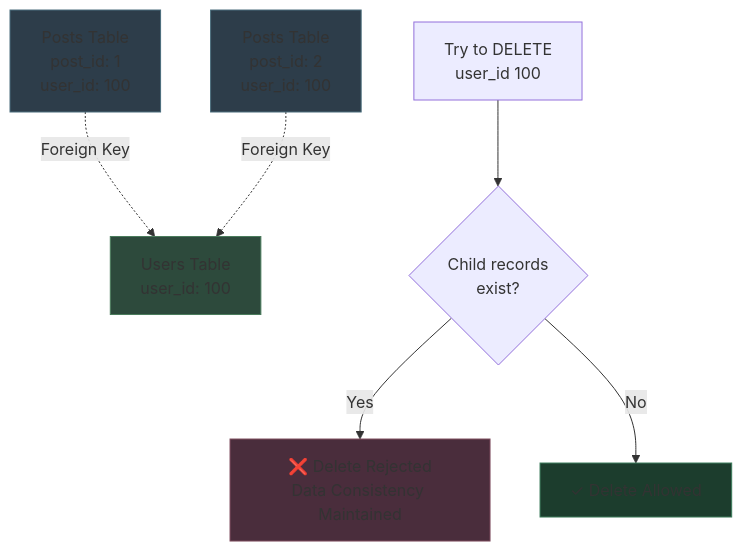
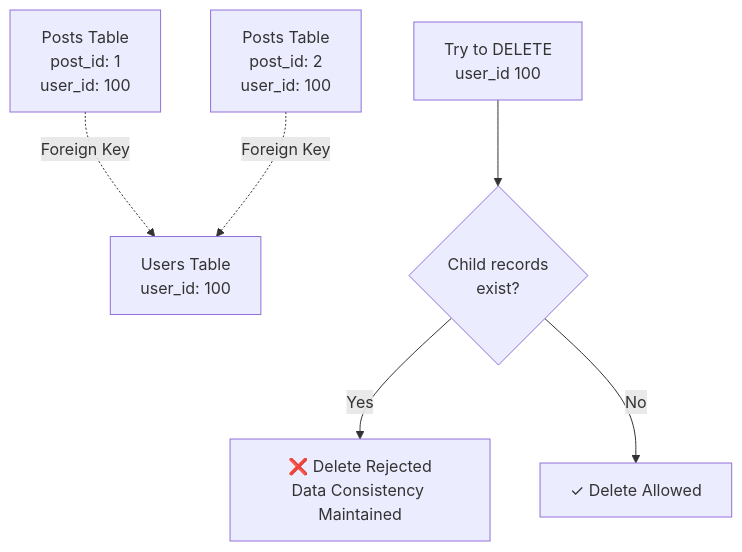
The fourth of 9 diagrams in system design beginner/55. Relational Databases.md (Yash-Kavaiya/The-System-Design-Masterclass), drawn with Mermaid before and after one commit. The commit also changed other lines of this file, not shown here.

````diff
--- a/system design beginner/55. Relational Databases.md
+++ b/system design beginner/55. Relational Databases.md
@@ -160,19 +146,14 @@
 ```mermaid
 graph TB
     USER[Users Table<br/>user_id: 100]
     POST1[Posts Table<br/>post_id: 1<br/>user_id: 100]
     POST2[Posts Table<br/>post_id: 2<br/>user_id: 100]
     
     POST1 -.->|Foreign Key| USER
     POST2 -.->|Foreign Key| USER
     
     DELETE[Try to DELETE<br/>user_id 100] --> CHECK{Child records<br/>exist?}
     CHECK -->|Yes| REJECT[❌ Delete Rejected<br/>Data Consistency Maintained]
     CHECK -->|No| ALLOW[✓ Delete Allowed]
     
-    style USER fill:#2d4a3c,stroke:#4a7c5c
-    style POST1 fill:#2d3d4a,stroke:#4a6d7c
-    style POST2 fill:#2d3d4a,stroke:#4a6d7c
-    style REJECT fill:#4a2d3c,stroke:#7c4a5c
-    style ALLOW fill:#1c3d2d,stroke:#3c7c5c
 ```
````
